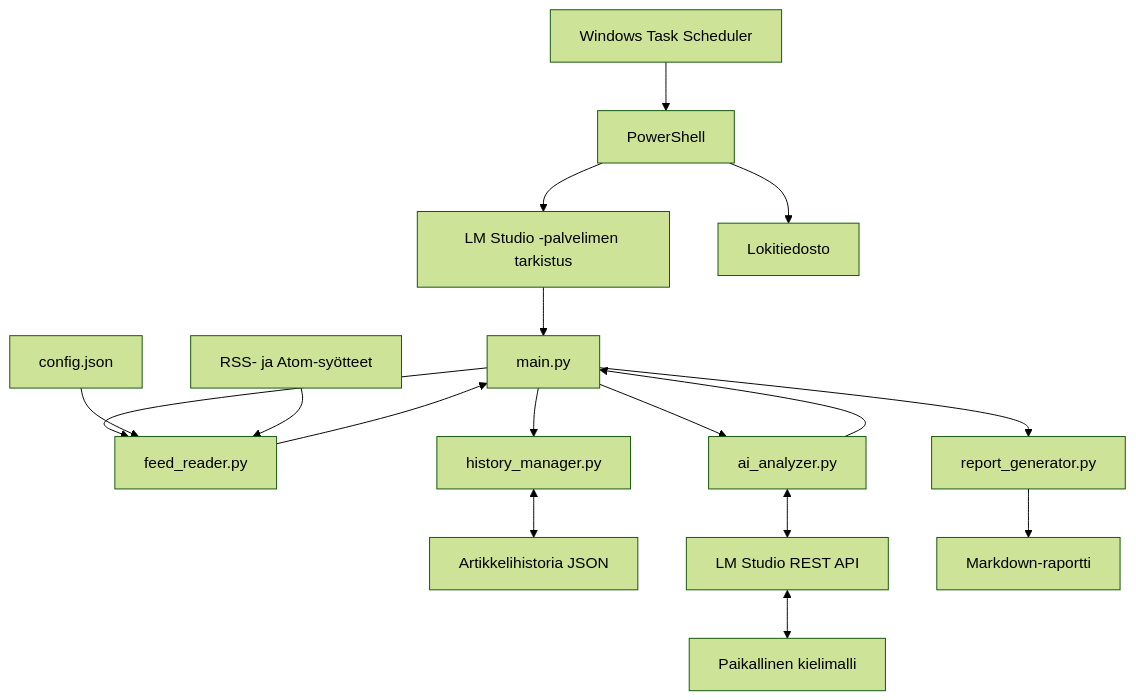
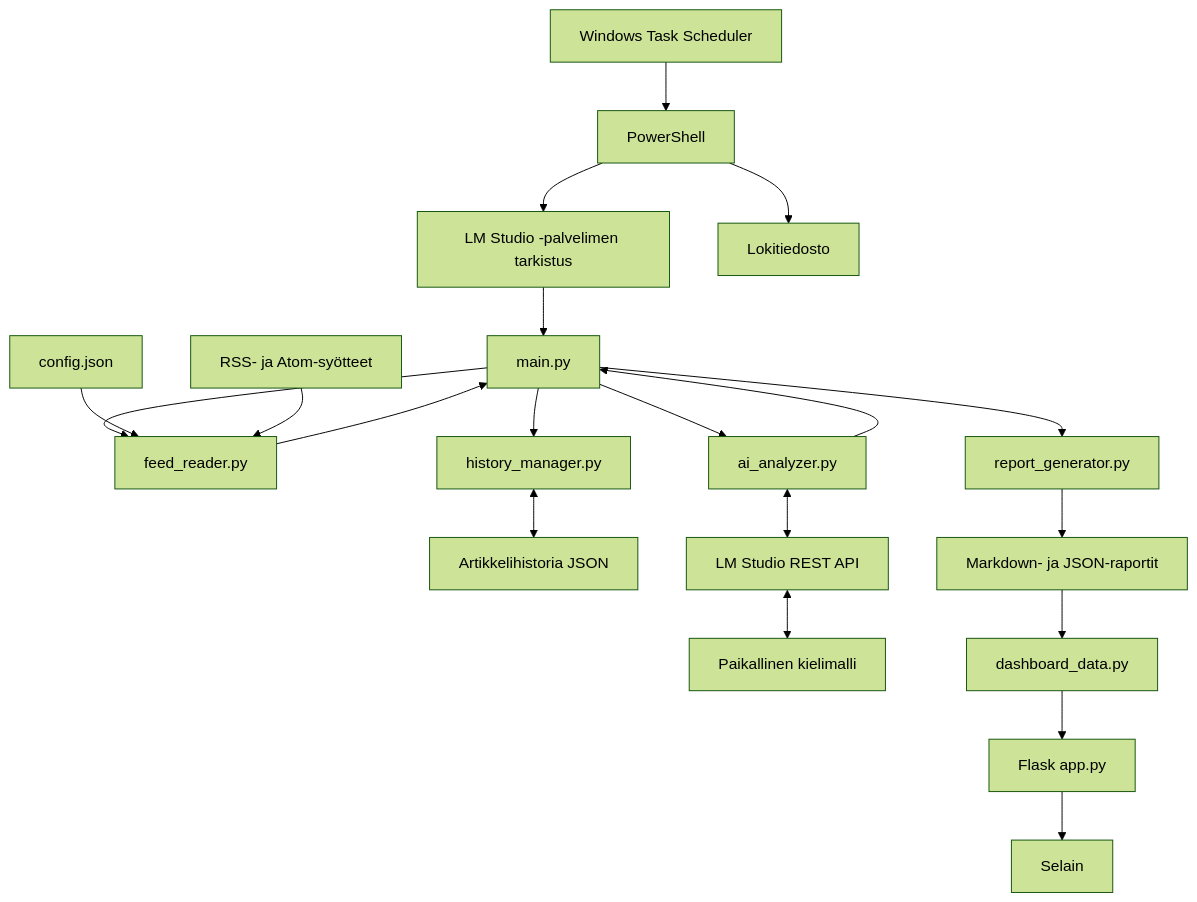
Before and after one commit to smikander/technology-learning-watch: the diagram in README.md, drawn with Mermaid (forest theme). The commit also changed other lines of this file and 10 other files, not shown here.

Commit message:
Add Flask dashboard, JSON reports and automated tests

````diff
--- a/README.md
+++ b/README.md
@@ -54,19 +57,22 @@
-```mermaid
+``` mermaid
 flowchart TD
     A[Windows Task Scheduler] --> B[PowerShell]
     B --> C[LM Studio -palvelimen tarkistus]
     C --> D[main.py]
     D --> E[feed_reader.py]
     F[config.json] --> E
     G[RSS- ja Atom-syötteet] --> E
     E --> D
     D --> H[history_manager.py]
     H <--> I[Artikkelihistoria JSON]
     D --> J[ai_analyzer.py]
     J <--> K[LM Studio REST API]
     K <--> L[Paikallinen kielimalli]
     J --> D
     D --> M[report_generator.py]
-    M --> N[Markdown-raportti]
+    M --> N[Markdown- ja JSON-raportit]
+    N --> P[dashboard_data.py]
+    P --> Q[Flask app.py]
+    Q --> R[Selain]
     B --> O[Lokitiedosto]
 ```
````
